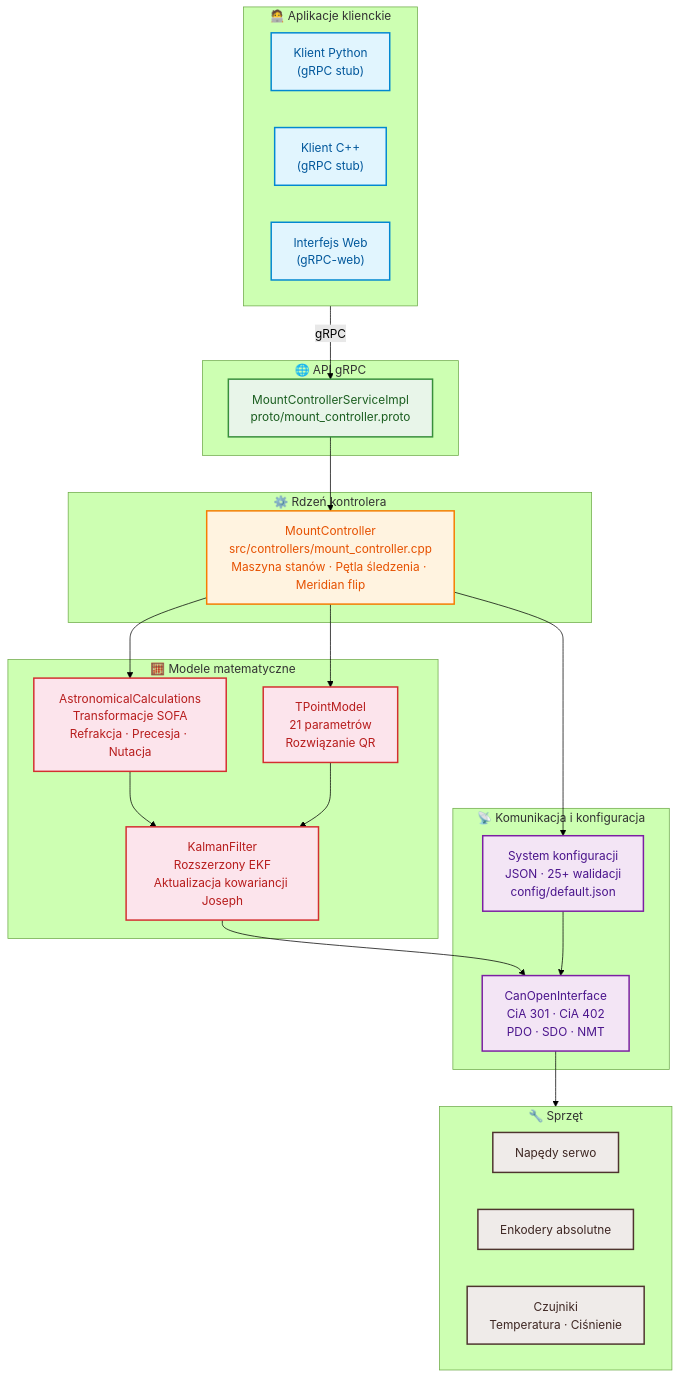
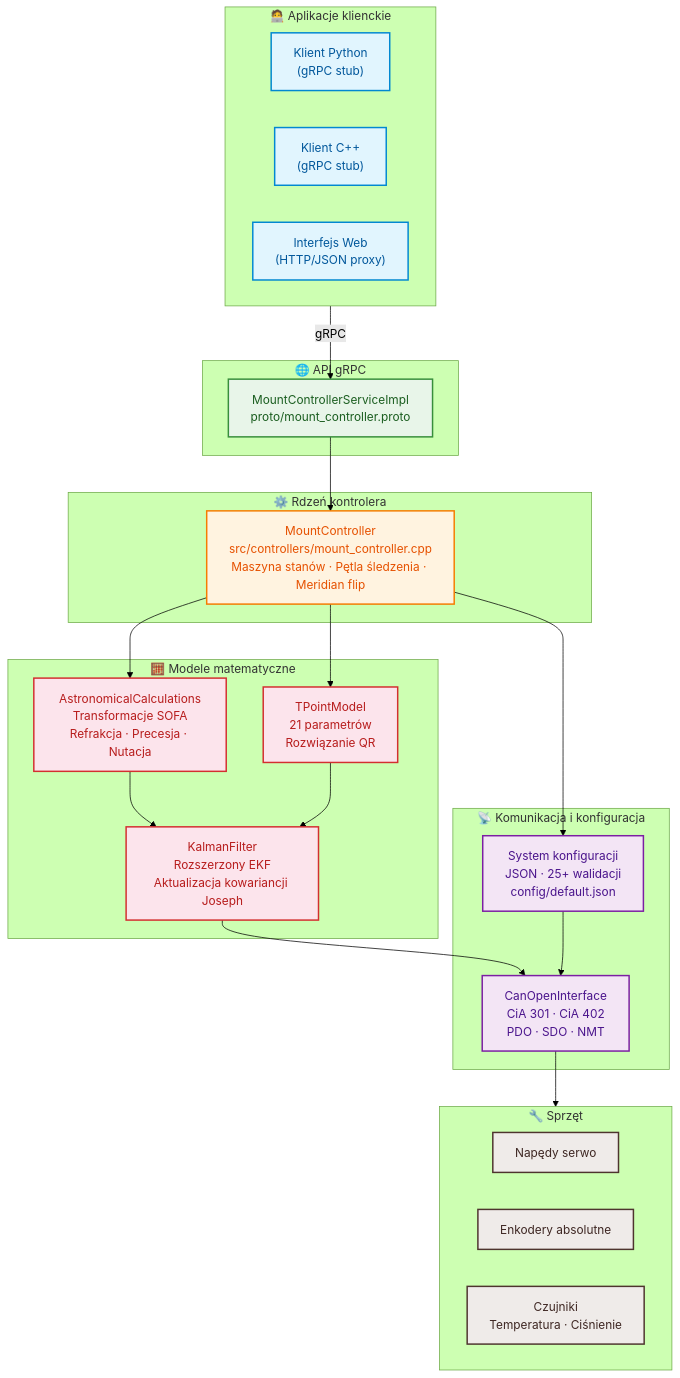
One commit to pielaszkiewicz-jacek/astro_mount_control changed the first of 2 diagrams in docs/pl/index.md. Above: the diagram before and after it, drawn with Mermaid (forest theme). The commit also changed other lines of this file and 32 other files, not shown here.

````diff
--- a/docs/pl/index.md
+++ b/docs/pl/index.md
@@ -37,60 +37,60 @@
 ```mermaid
 flowchart TB
     %% Style
     classDef client fill:#e1f5fe,stroke:#0288d1,stroke-width:2px,color:#01579b
     classDef api fill:#e8f5e9,stroke:#388e3c,stroke-width:2px,color:#1b5e20
     classDef core fill:#fff3e0,stroke:#f57c00,stroke-width:2px,color:#e65100
     classDef model fill:#fce4ec,stroke:#d32f2f,stroke-width:2px,color:#b71c1c
     classDef comm fill:#f3e5f5,stroke:#7b1fa2,stroke-width:2px,color:#4a148c
     classDef hw fill:#efebe9,stroke:#4e342e,stroke-width:2px,color:#3e2723
     classDef cfg fill:#e0f7fa,stroke:#00838f,stroke-width:2px,color:#004d40
 
     subgraph CLIENTS["🧑‍💻 Aplikacje klienckie"]
         PY["Klient Python<br/>(gRPC stub)"]
         CPP["Klient C++<br/>(gRPC stub)"]
-        WEB["Interfejs Web<br/>(gRPC-web)"]
+        WEB["Interfejs Web<br/>(HTTP/JSON proxy)"]
     end
 
     subgraph API["🌐 API gRPC"]
         GRPC["MountControllerServiceImpl<br/>proto/mount_controller.proto"]
     end
 
     subgraph CORE["⚙️ Rdzeń kontrolera"]
         MC["MountController<br/>src/controllers/mount_controller.cpp<br/>Maszyna stanów · Pętla śledzenia · Meridian flip"]
     end
 
     subgraph MODELS["🧮 Modele matematyczne"]
         ASTRO["AstronomicalCalculations<br/>Transformacje SOFA<br/>Refrakcja · Precesja · Nutacja"]
         TPOINT["TPointModel<br/>21 parametrów<br/>Rozwiązanie QR"]
         KF["KalmanFilter<br/>Rozszerzony EKF<br/>Aktualizacja kowariancji Joseph"]
     end
 
     subgraph COMM["📡 Komunikacja i konfiguracja"]
         CAN["CanOpenInterface<br/>CiA 301 · CiA 402<br/>PDO · SDO · NMT"]
         CONFIG["System konfiguracji<br/>JSON · 25+ walidacji<br/>config/default.json"]
     end
 
     subgraph HW["🔧 Sprzęt"]
         HW1["Napędy serwo"]
         HW2["Enkodery absolutne"]
         HW3["Czujniki<br/>Temperatura · Ciśnienie"]
     end
 
     CLIENTS -->|gRPC| GRPC
     GRPC --> MC
     MC --> ASTRO
     MC --> TPOINT
     MC --> CONFIG
     ASTRO --> KF
     TPOINT --> KF
     KF --> CAN
     CONFIG --> CAN
     CAN --> HW
 
     class PY,CPP,WEB client
     class GRPC api
     class MC core
     class ASTRO,TPOINT,KF model
     class CAN,CONFIG comm
     class HW1,HW2,HW3 hw
 ```
````
